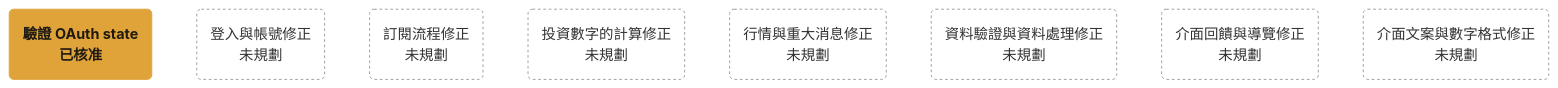
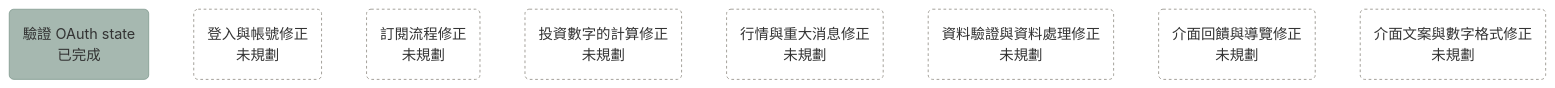
The diagram in docs/plans/roadmap.md (bingyangchen/taigu), drawn with Mermaid before and after one commit. The commit also changed other lines of this file and 22 other files, not shown here.

````diff
--- a/docs/plans/roadmap.md
+++ b/docs/plans/roadmap.md
@@ -7,14 +7,14 @@
 ```mermaid
 flowchart TD
-  oauth_state_check("驗證 OAuth state<br/>已核准"):::approved
+  oauth_state_check("驗證 OAuth state<br/>已完成"):::done
   login_account_fixes("登入與帳號修正<br/>未規劃"):::unplanned
   billing_fixes("訂閱流程修正<br/>未規劃"):::unplanned
   calculation_fixes("投資數字的計算修正<br/>未規劃"):::unplanned
   market_data_fixes("行情與重大消息修正<br/>未規劃"):::unplanned
   data_fixes("資料驗證與資料處理修正<br/>未規劃"):::unplanned
   ui_feedback_fixes("介面回饋與導覽修正<br/>未規劃"):::unplanned
   copy_fixes("介面文案與數字格式修正<br/>未規劃"):::unplanned
   classDef done fill:#4f726280,stroke:#4f726280
   classDef approved fill:#e0a33a,stroke:#e0a33a,color:#1f1a12,font-weight:bold
   classDef unplanned fill:none,stroke:#9a978f,stroke-dasharray:3 3
 ```
````
